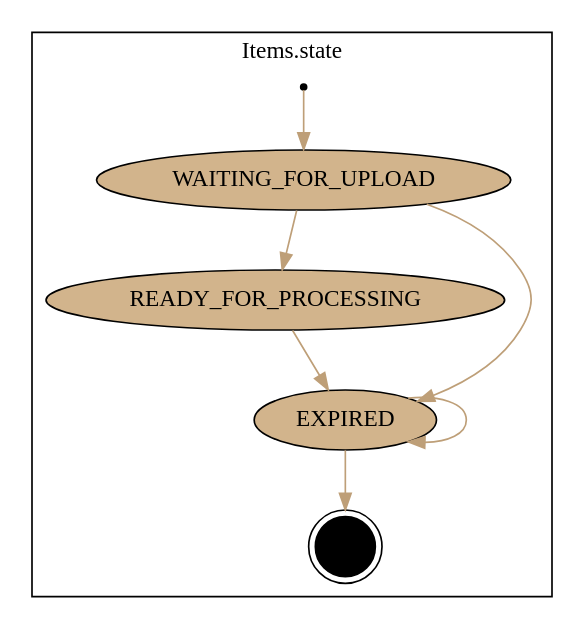
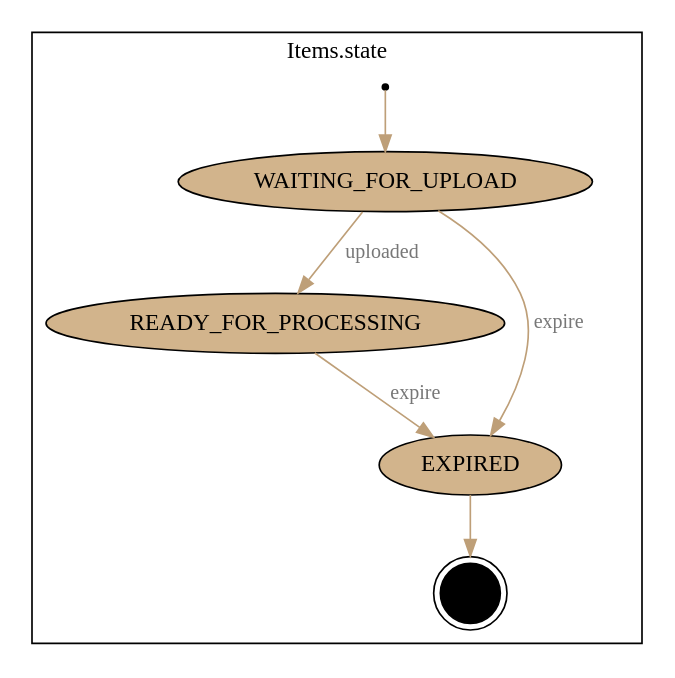
The diagram in fsm_diagrams/item_fsm.gv (kolotev/jats2pdf-docs), drawn with Graphviz before and after one commit. The commit also changed 13 other files, not shown here.

```diff
--- a/fsm_diagrams/item_fsm.gv
+++ b/fsm_diagrams/item_fsm.gv
@@ -1,15 +1,19 @@
 digraph {
   subgraph cluster_deposit_item_file_state_diagram {
     graph [label="Items.state"]
     rankdir=TB
     size=" 8,11 " // size of output page in inches
     node [shape = circle style = filled fillcolor = black fontcolor = white]
     START [label = "" shape = point]
     END [label = "" shape = doublecircle]
     node [shape = ellipse style=filled fillcolor = " #D2B48C " fontcolor = black]
     edge [fontcolor = " #777777 " color = " #be9f78 " fontsize = 12 ]
-    START -> WAITING_FOR_UPLOAD -> READY_FOR_PROCESSING -> EXPIRED -> END 
-    WAITING_FOR_UPLOAD -> EXPIRED
-    EXPIRED -> EXPIRED
+
+    START -> WAITING_FOR_UPLOAD 
+    WAITING_FOR_UPLOAD -> READY_FOR_PROCESSING [label = "uploaded"]
+    READY_FOR_PROCESSING -> EXPIRED  [label = "expire"]
+    EXPIRED -> END
+
+    WAITING_FOR_UPLOAD -> EXPIRED [label = "expire"]
   }
 }
```
